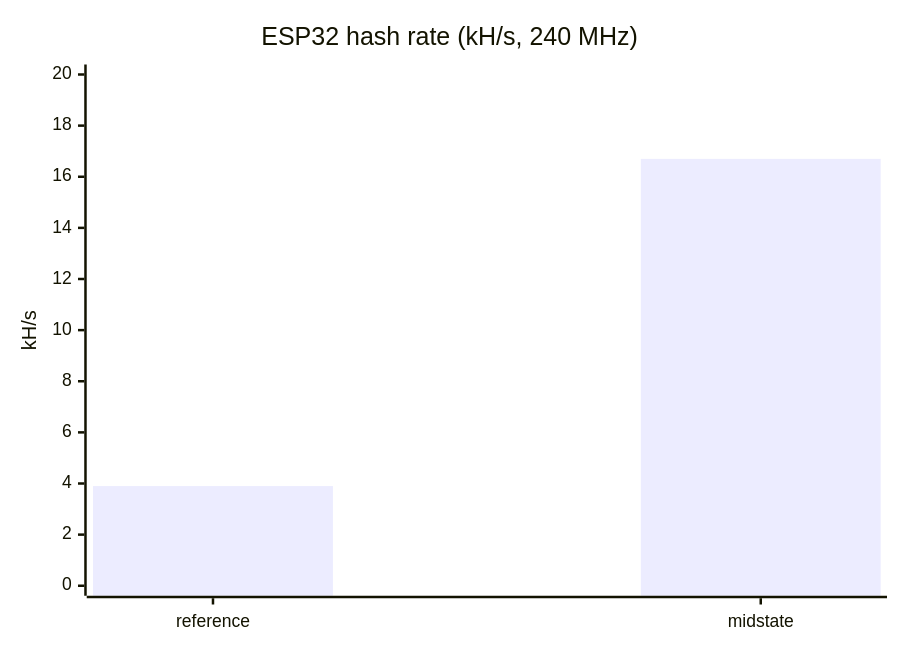
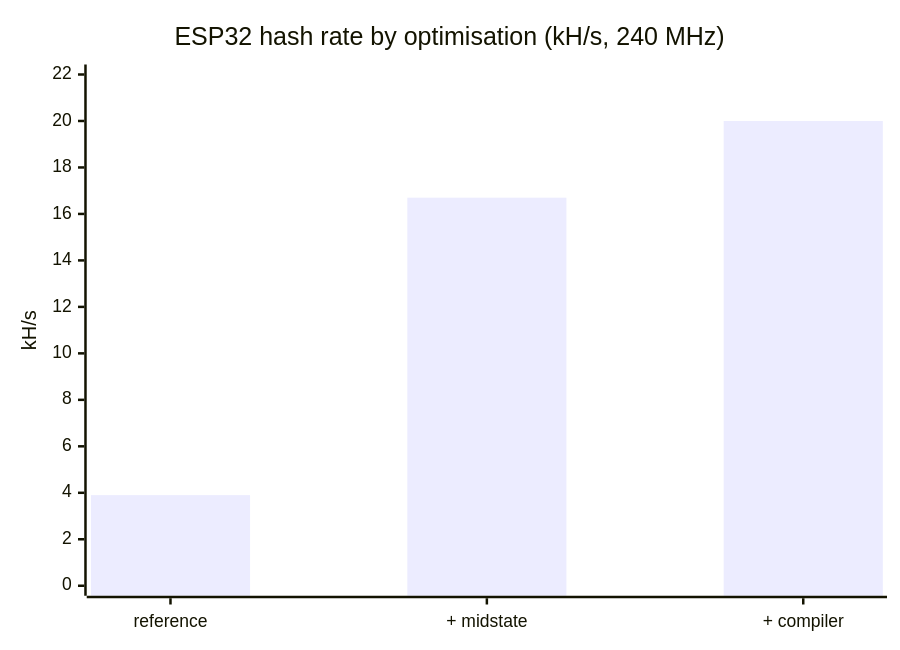
Before and after one commit to Adriaan-Cloet/ESP32-BitcoinMiner: the second of 3 diagrams in README.md, drawn with Mermaid. The commit also changed other lines of this file and 2 other files, not shown here.

Commit message:
Select SHA-256 implementation via menuconfig, default C & rewrite readme with measurements and charts

````diff
--- a/README.md
+++ b/README.md
@@ -106,7 +123,7 @@
 ```mermaid
 xychart-beta
-    title "ESP32 hash rate (kH/s, 240 MHz)"
-    x-axis ["reference", "midstate"]
-    y-axis "kH/s" 0 --> 20
-    bar [3.9, 16.7]
+    title "ESP32 hash rate by optimisation (kH/s, 240 MHz)"
+    x-axis ["reference", "+ midstate", "+ compiler"]
+    y-axis "kH/s" 0 --> 22
+    bar [3.9, 16.7, 20]
 ```
````
